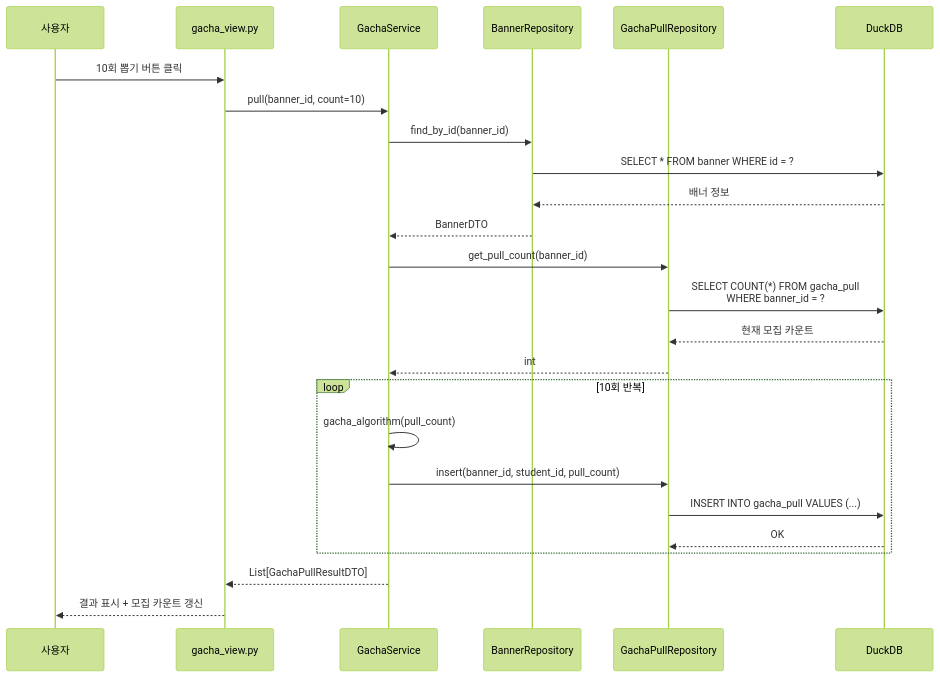
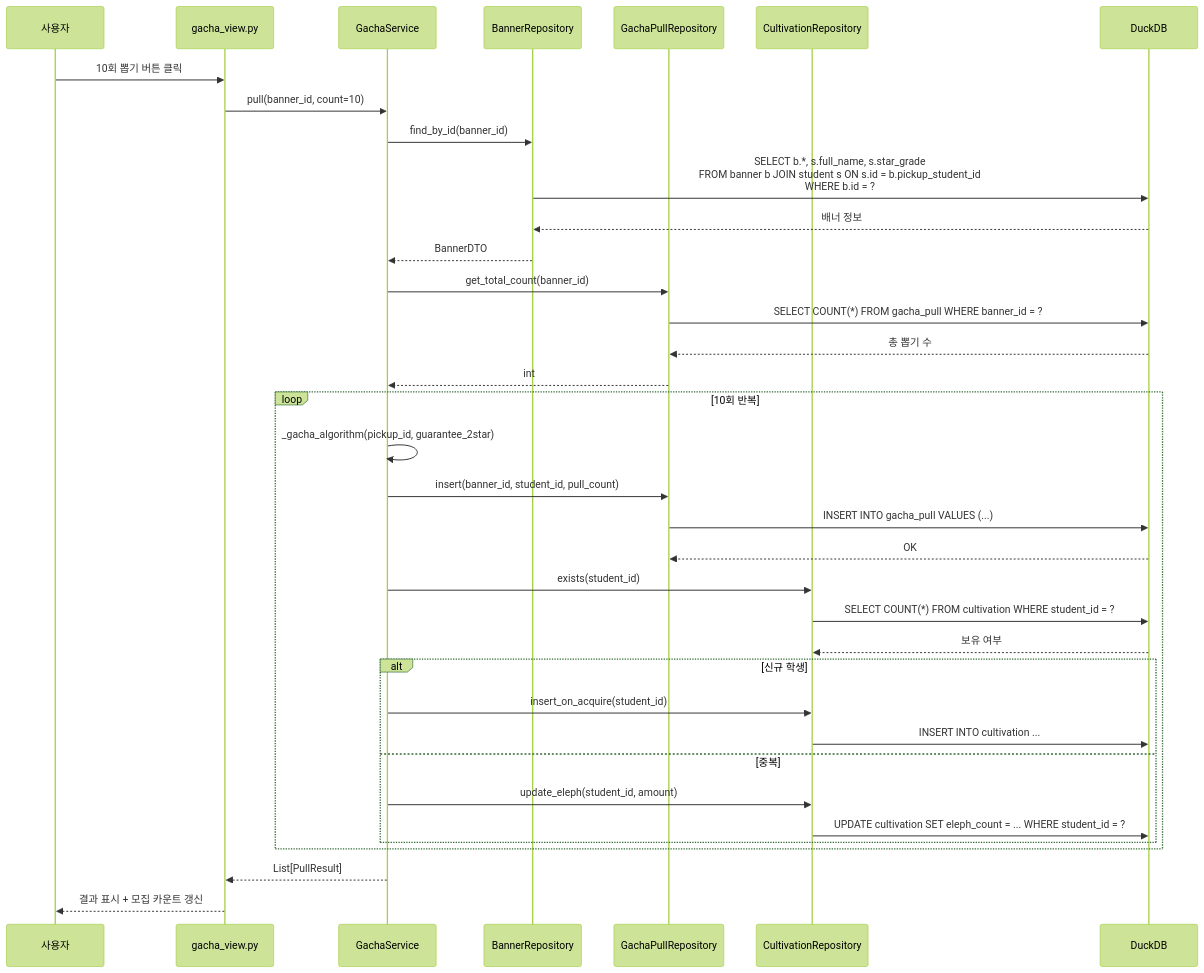
One commit to dngur521/blue-archive-db-project changed the third of 5 diagrams in 설계서_초안.md. Above: the diagram before and after it, drawn with Mermaid (forest theme). The commit also changed other lines of this file and 26 other files, not shown here.

````diff
--- a/설계서_초안.md
+++ b/설계서_초안.md
@@ -595,30 +620,41 @@
 ```mermaid
 sequenceDiagram
     participant 사용자
     participant View as gacha_view.py
     participant Service as GachaService
     participant BannerRepo as BannerRepository
     participant GachaRepo as GachaPullRepository
+    participant CultivRepo as CultivationRepository
     participant DB as DuckDB
 
     사용자->>View: 10회 뽑기 버튼 클릭
     View->>Service: pull(banner_id, count=10)
     Service->>BannerRepo: find_by_id(banner_id)
-    BannerRepo->>DB: SELECT * FROM banner WHERE id = ?
+    BannerRepo->>DB: SELECT b.*, s.full_name, s.star_grade<br/>FROM banner b JOIN student s ON s.id = b.pickup_student_id<br/>WHERE b.id = ?
     DB-->>BannerRepo: 배너 정보
     BannerRepo-->>Service: BannerDTO
-    Service->>GachaRepo: get_pull_count(banner_id)
-    GachaRepo->>DB: SELECT COUNT(*) FROM gacha_pull<br/>WHERE banner_id = ?
-    DB-->>GachaRepo: 현재 모집 카운트
+    Service->>GachaRepo: get_total_count(banner_id)
+    GachaRepo->>DB: SELECT COUNT(*) FROM gacha_pull WHERE banner_id = ?
+    DB-->>GachaRepo: 총 뽑기 수
     GachaRepo-->>Service: int
 
     loop 10회 반복
-        Service->>Service: gacha_algorithm(pull_count)
+        Service->>Service: _gacha_algorithm(pickup_id, guarantee_2star)
         Service->>GachaRepo: insert(banner_id, student_id, pull_count)
         GachaRepo->>DB: INSERT INTO gacha_pull VALUES (...)
         DB-->>GachaRepo: OK
+        Service->>CultivRepo: exists(student_id)
+        CultivRepo->>DB: SELECT COUNT(*) FROM cultivation WHERE student_id = ?
+        DB-->>CultivRepo: 보유 여부
+        alt 신규 학생
+            Service->>CultivRepo: insert_on_acquire(student_id)
+            CultivRepo->>DB: INSERT INTO cultivation ...
+        else 중복
+            Service->>CultivRepo: update_eleph(student_id, amount)
+            CultivRepo->>DB: UPDATE cultivation SET eleph_count = ... WHERE student_id = ?
+        end
     end
 
-    Service-->>View: List[GachaPullResultDTO]
+    Service-->>View: List[PullResult]
     View-->>사용자: 결과 표시 + 모집 카운트 갱신
 ```
````
